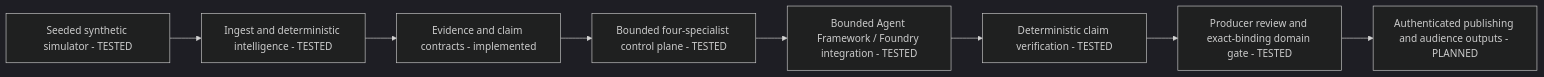
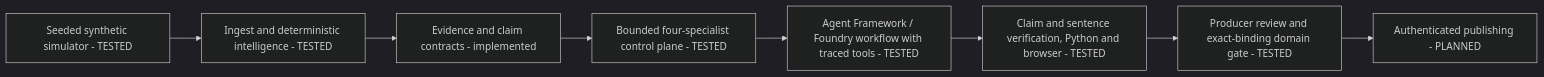
One commit to GOkwori/matchdesk changed the diagram in README.md. Above: the diagram before and after it, drawn with Mermaid (dark theme). The commit also changed other lines of this file and 4 other files, not shown here.

````diff
--- a/README.md
+++ b/README.md
@@ -50,10 +59,10 @@
 ```mermaid
 flowchart LR
     S[Seeded synthetic simulator - TESTED] --> I[Ingest and deterministic intelligence - TESTED]
     I --> E[Evidence and claim contracts - implemented]
     E --> C[Bounded four-specialist control plane - TESTED]
-    C --> A[Bounded Agent Framework / Foundry integration - TESTED]
-    A --> V[Deterministic claim verification - TESTED]
+    C --> A[Agent Framework / Foundry workflow with traced tools - TESTED]
+    A --> V[Claim and sentence verification, Python and browser - TESTED]
     V --> P[Producer review and exact-binding domain gate - TESTED]
-    P --> O[Authenticated publishing and audience outputs - PLANNED]
+    P --> O[Authenticated publishing - PLANNED]
 ```
````
